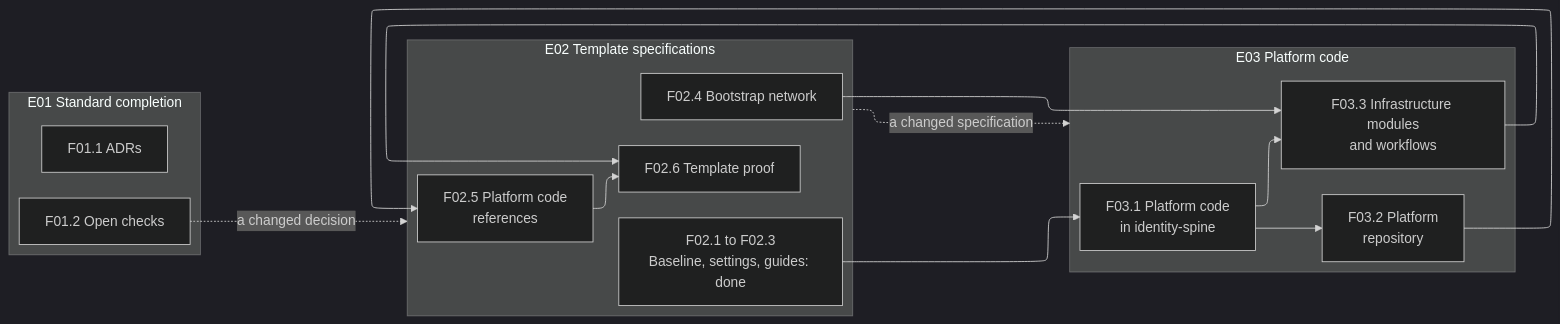
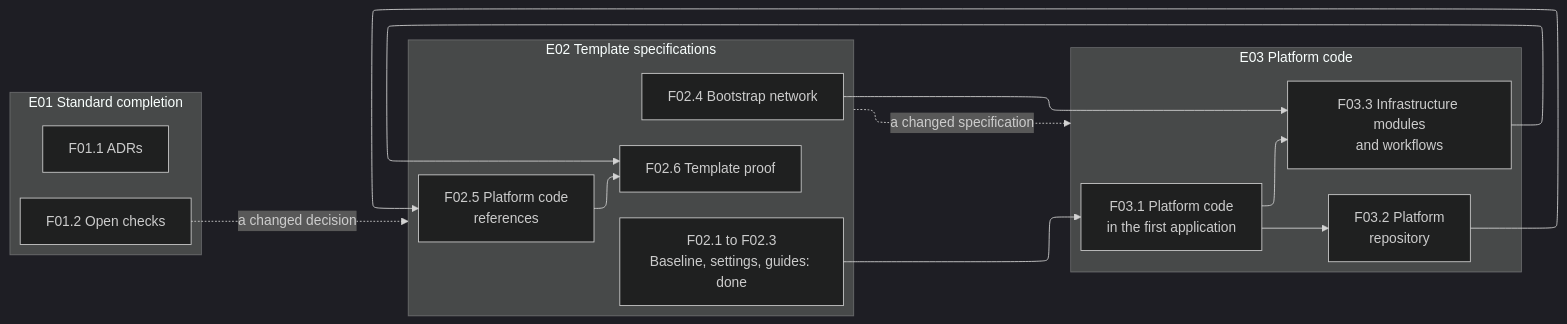
The diagram in work/README.md (supermanchris4/ai-app-standard), drawn with Mermaid (dark theme) before and after one commit. The commit also changed other lines of this file and 9 other files, not shown here.

First line of the commit message:
Refer to the first application without naming it

````diff
--- a/work/README.md
+++ b/work/README.md
@@ -61,28 +61,28 @@
 ```mermaid
 ---
 config:
   layout: elk
 ---
 flowchart LR
   subgraph E01[E01 Standard completion]
     F011[F01.1 ADRs]
     F012[F01.2 Open checks]
   end
   subgraph E02[E02 Template specifications]
     F021[F02.1 to F02.3<br/>Baseline, settings, guides: done]
     F024[F02.4 Bootstrap network]
     F025[F02.5 Platform code<br/>references]
     F026[F02.6 Template proof]
   end
   subgraph E03[E03 Platform code]
-    F031[F03.1 Platform code<br/>in identity-spine] --> F032[F03.2 Platform<br/>repository]
+    F031[F03.1 Platform code<br/>in the first application] --> F032[F03.2 Platform<br/>repository]
     F031 --> F033[F03.3 Infrastructure modules<br/>and workflows]
   end
   F021 --> F031
   F024 --> F033
   F032 --> F025
   F025 --> F026
   F033 --> F026
   F012 -. a changed decision .-> E02
   E02 -. a changed specification .-> E03
 ```
````
